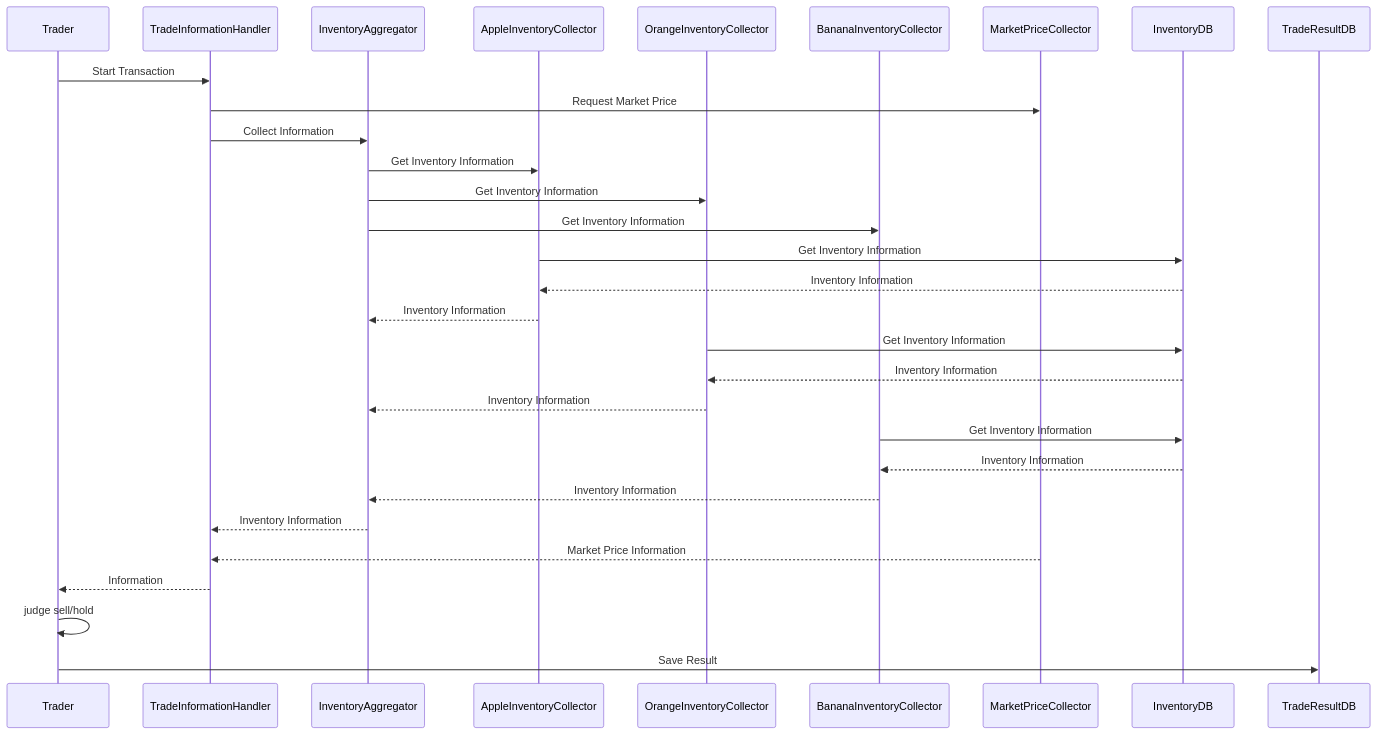
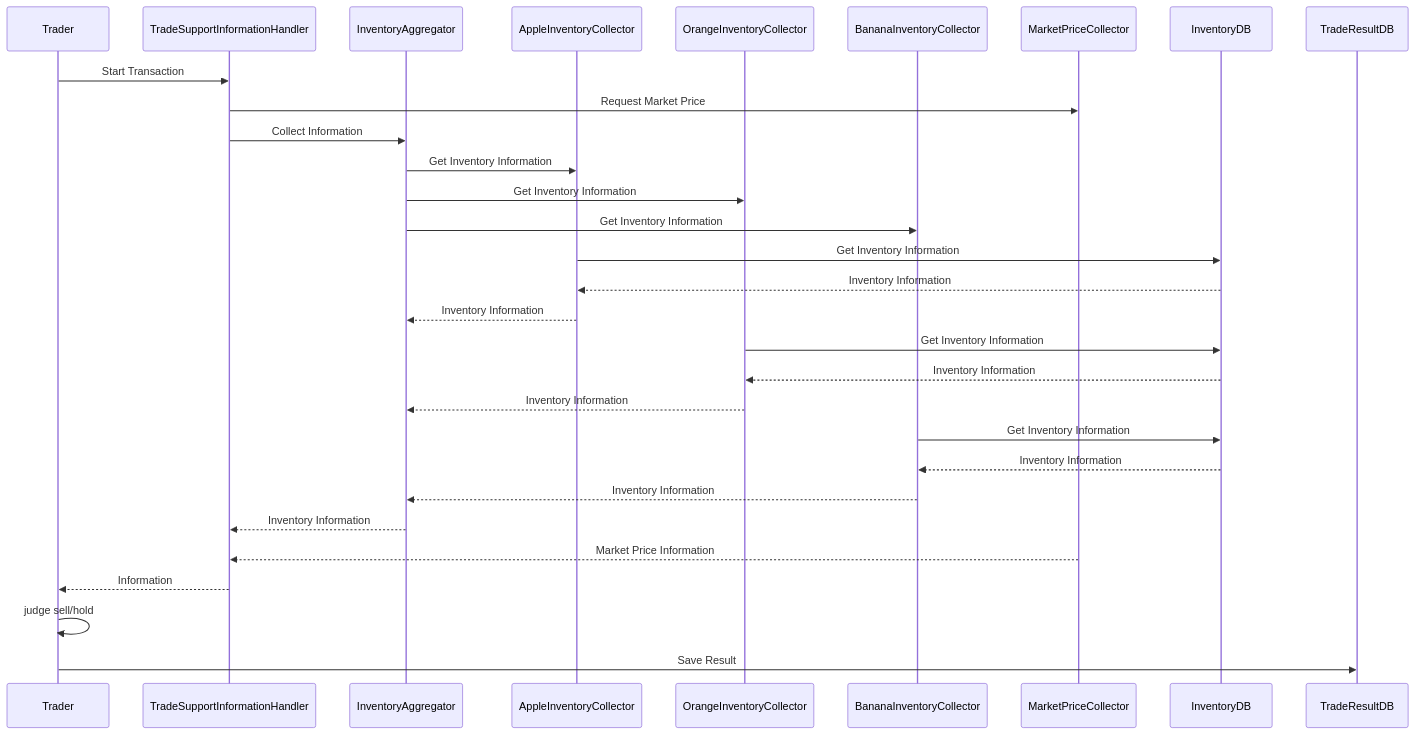
Before and after one commit to tkhrk1010/fruits-trading-demo: the second of 3 diagrams in README.md, drawn with Mermaid. The commit also changed other lines of this file and 4 other files, not shown here.

Commit message:
mod: tradeSupportInformation name

````diff
--- a/README.md
+++ b/README.md
@@ -20,34 +20,34 @@
 ```mermaid
 sequenceDiagram
   participant Trader
-  participant TradeInformationHandler 
+  participant TradeSupportInformationHandler 
   participant InventoryAggregator
   participant AppleInventoryCollector
   participant OrangeInventoryCollector
   participant BananaInventoryCollector
   participant MarketPriceCollector
   participant InventoryDB
   participant TradeResultDB
 
-  Trader ->> TradeInformationHandler : Start Transaction
-  TradeInformationHandler ->> MarketPriceCollector : Request Market Price
-  TradeInformationHandler ->> InventoryAggregator : Collect Information
+  Trader ->> TradeSupportInformationHandler : Start Transaction
+  TradeSupportInformationHandler ->> MarketPriceCollector : Request Market Price
+  TradeSupportInformationHandler ->> InventoryAggregator : Collect Information
   InventoryAggregator ->> AppleInventoryCollector : Get Inventory Information
   InventoryAggregator ->> OrangeInventoryCollector : Get Inventory Information
   InventoryAggregator ->> BananaInventoryCollector : Get Inventory Information
   AppleInventoryCollector ->> InventoryDB : Get Inventory Information
   InventoryDB -->> AppleInventoryCollector :  Inventory Information
   AppleInventoryCollector -->> InventoryAggregator : Inventory Information
   OrangeInventoryCollector ->> InventoryDB : Get Inventory Information
   InventoryDB -->> OrangeInventoryCollector :  Inventory Information
   OrangeInventoryCollector -->> InventoryAggregator : Inventory Information
   BananaInventoryCollector ->> InventoryDB : Get Inventory Information
   InventoryDB -->> BananaInventoryCollector :  Inventory Information
   BananaInventoryCollector -->> InventoryAggregator : Inventory Information
-  InventoryAggregator -->> TradeInformationHandler : Inventory Information
-  MarketPriceCollector -->> TradeInformationHandler : Market Price Information
-  TradeInformationHandler -->> Trader : Information
+  InventoryAggregator -->> TradeSupportInformationHandler : Inventory Information
+  MarketPriceCollector -->> TradeSupportInformationHandler : Market Price Information
+  TradeSupportInformationHandler -->> Trader : Information
   Trader ->> Trader : judge sell/hold
   Trader ->> TradeResultDB : Save Result
 
 ```
````
